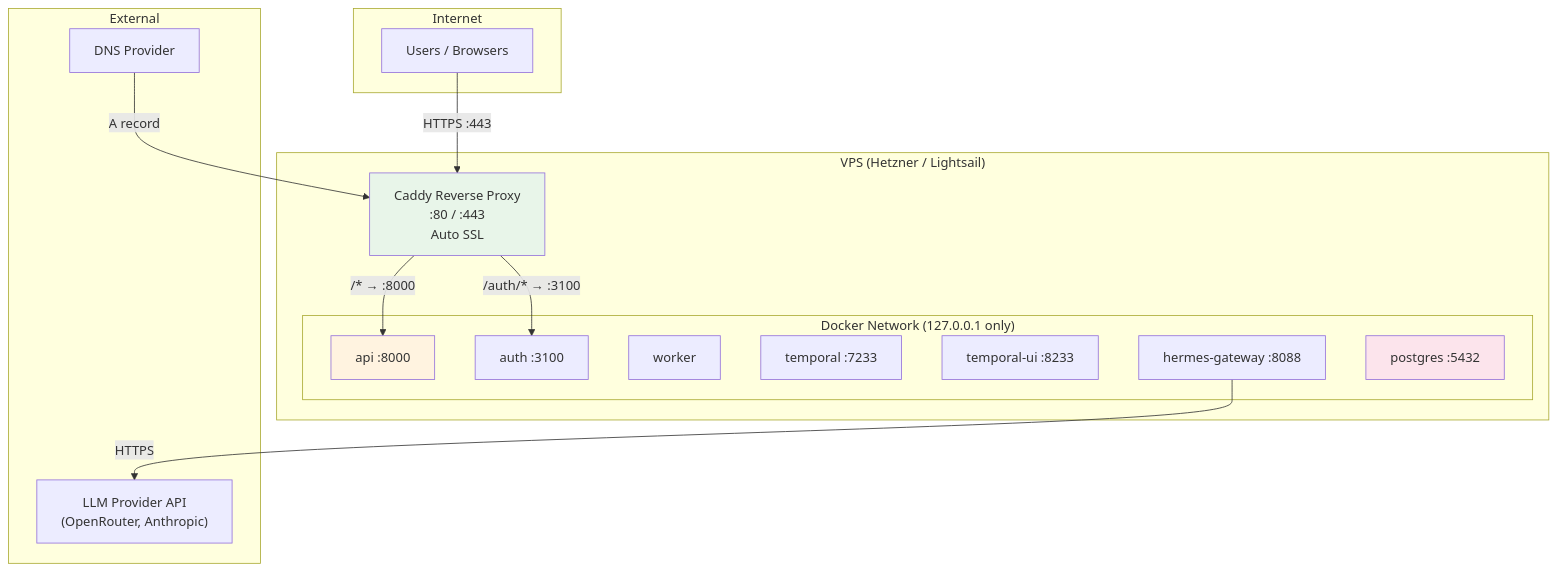
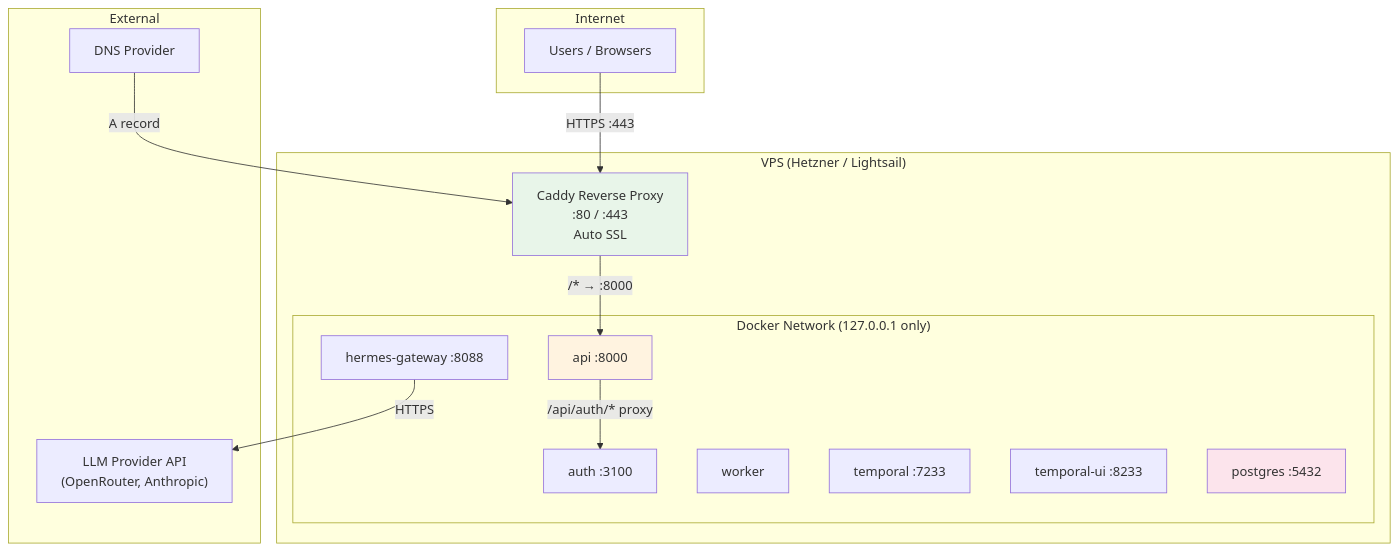
The second of 2 diagrams in docs/DEPLOYMENT.md (fierro-ltd/hermes-agent-solution-template), drawn with Mermaid before and after one commit. The commit also changed other lines of this file and 9 other files, not shown here.

First line of the commit message:
feat: proxy auth through FastAPI — single port architecture

````diff
--- a/docs/DEPLOYMENT.md
+++ b/docs/DEPLOYMENT.md
@@ -333,36 +327,36 @@
 ```mermaid
 graph TB
     subgraph "Internet"
         Users["Users / Browsers"]
     end
 
     subgraph "VPS (Hetzner / Lightsail)"
         Caddy["Caddy Reverse Proxy<br/>:80 / :443<br/>Auto SSL"]
 
         subgraph "Docker Network (127.0.0.1 only)"
             API["api :8000"]
             Auth["auth :3100"]
             Worker["worker"]
             Temporal["temporal :7233"]
             TemporalUI["temporal-ui :8233"]
             Hermes["hermes-gateway :8088"]
             Postgres["postgres :5432"]
         end
 
         Caddy -->|"/* → :8000"| API
-        Caddy -->|"/auth/* → :3100"| Auth
+        API -->|"/api/auth/* proxy"| Auth
     end
 
     subgraph "External"
         LLM["LLM Provider API<br/>(OpenRouter, Anthropic)"]
         DNS["DNS Provider"]
     end
 
     Users -->|"HTTPS :443"| Caddy
     Hermes -->|"HTTPS"| LLM
     DNS -->|"A record"| Caddy
 
     style Caddy fill:#e8f5e9
     style API fill:#fff3e0
     style Postgres fill:#fce4ec
 ```
````
